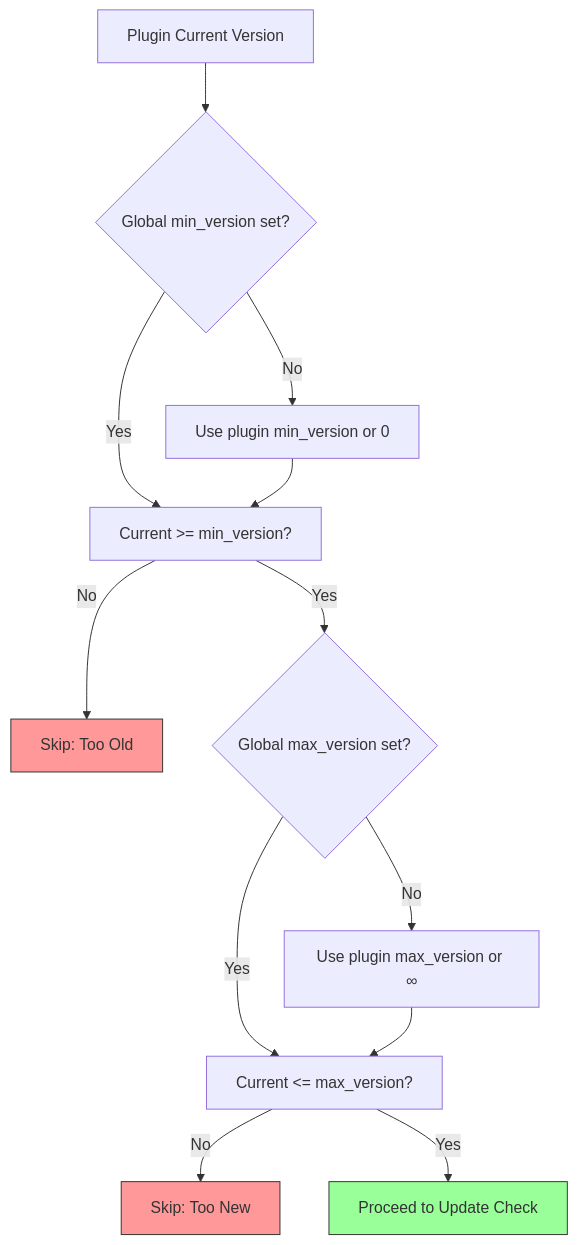
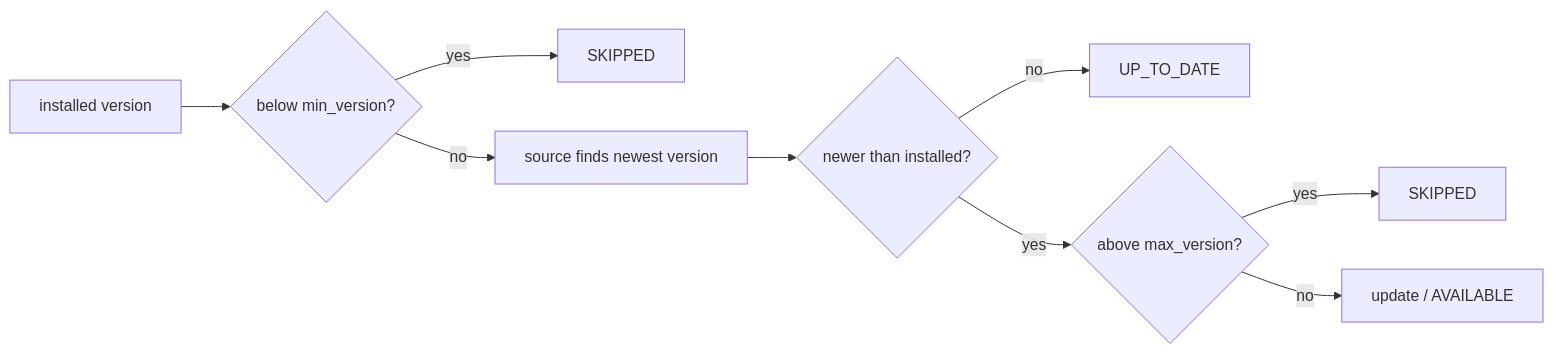
Before and after one commit to Hanafubuki-minecraft/hanafubuki-plugin-updater: the second of 2 diagrams in docs/configuration.md, drawn with Mermaid. The commit also changed other lines of this file and 6 other files, not shown here.

````diff
--- a/docs/configuration.md
+++ b/docs/configuration.md
@@ -260,18 +561,11 @@
 ```mermaid
-flowchart TD
-    A[Plugin Current Version] --> B{Global min_version set?}
-    B -->|Yes| C[Current >= min_version?]
-    B -->|No| D[Use plugin min_version or 0]
-    C -->|No| E[Skip: Too Old]
-    C -->|Yes| F{Global max_version set?}
-    D --> C
-    F -->|Yes| G[Current <= max_version?]
-    F -->|No| H[Use plugin max_version or ∞]
-    G -->|No| I[Skip: Too New]
-    G -->|Yes| J[Proceed to Update Check]
-    H --> G
-    
-    style E fill:#f99,stroke:#333
-    style I fill:#f99,stroke:#333
-    style J fill:#9f9,stroke:#333
+flowchart LR
+    A[installed version] --> B{below min_version?}
+    B -->|yes| S1[SKIPPED]
+    B -->|no| C[source finds newest version]
+    C --> D{newer than installed?}
+    D -->|no| U[UP_TO_DATE]
+    D -->|yes| E{above max_version?}
+    E -->|yes| S2[SKIPPED]
+    E -->|no| I[update / AVAILABLE]
 ```
````
